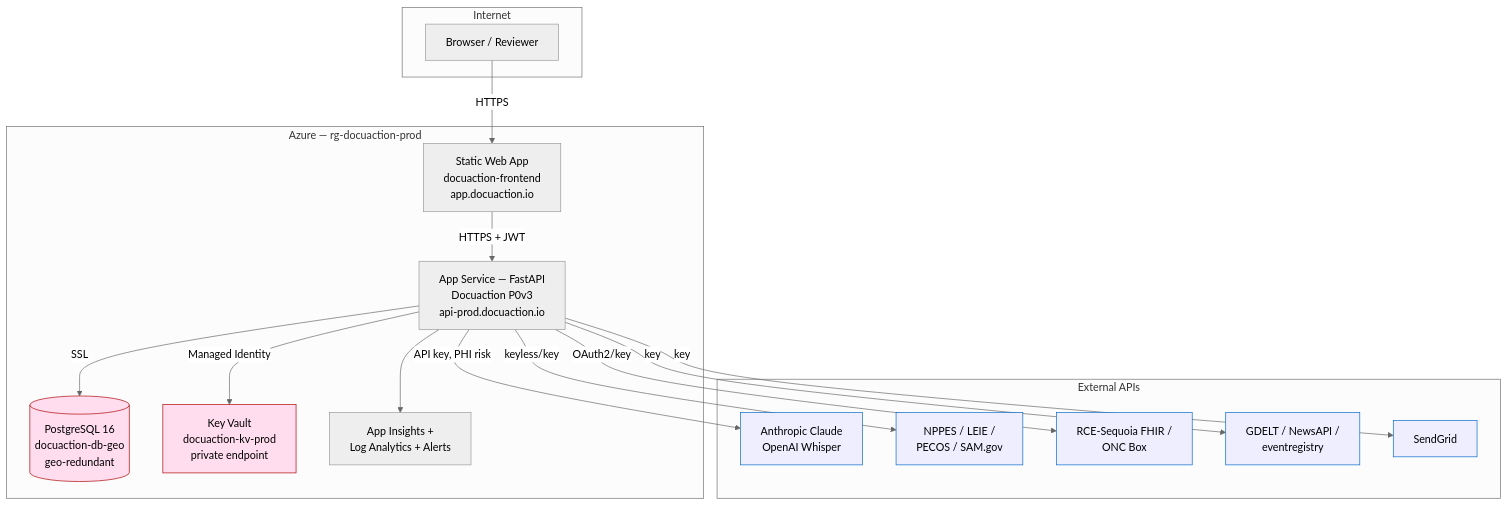
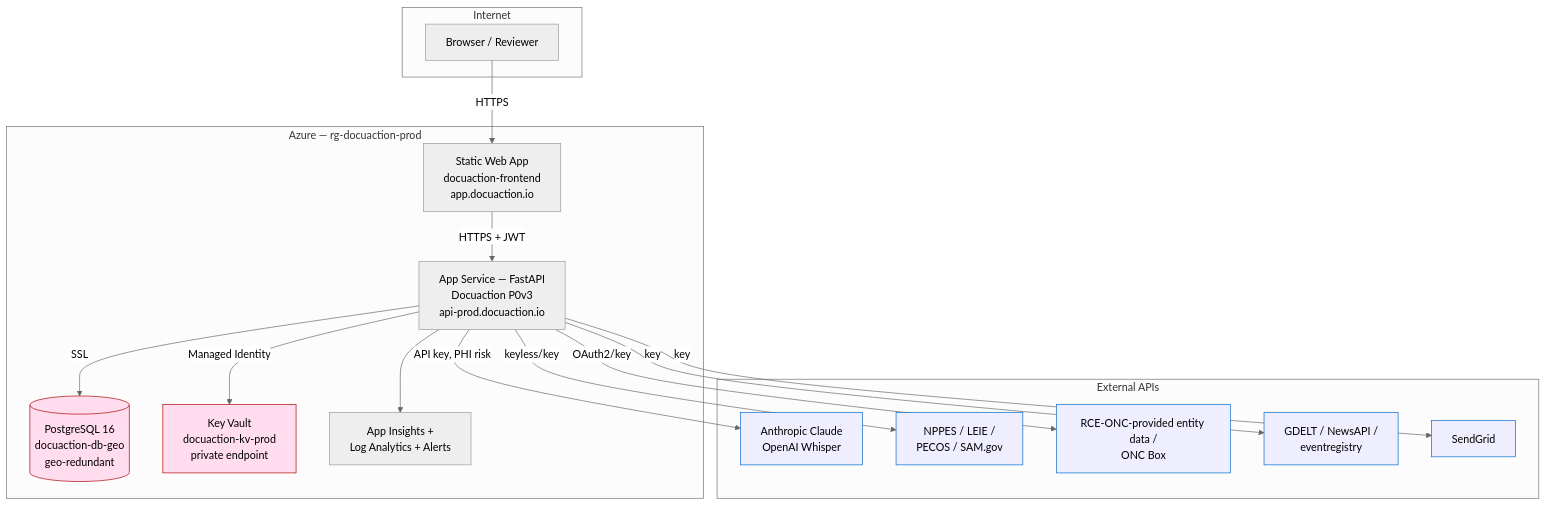
The diagram in security-platform/assessment/02_architecture/diagrams/system_architecture.md (DocuAction/docuaction-backend), drawn with Mermaid (neutral theme) before and after one commit. The commit also changed 42 other files, not shown here.

````diff
--- a/security-platform/assessment/02_architecture/diagrams/system_architecture.md
+++ b/security-platform/assessment/02_architecture/diagrams/system_architecture.md
@@ -3,36 +3,36 @@
 ```mermaid
 graph TB
     subgraph Internet
         User[Browser / Reviewer]
     end
     subgraph "Azure — rg-docuaction-prod"
         SWA[Static Web App<br/>docuaction-frontend<br/>app.docuaction.io]
         API[App Service — FastAPI<br/>Docuaction P0v3<br/>api-prod.docuaction.io]
         DB[(PostgreSQL 16<br/>docuaction-db-geo<br/>geo-redundant)]
         KV[Key Vault<br/>docuaction-kv-prod<br/>private endpoint]
         AI2[App Insights +<br/>Log Analytics + Alerts]
     end
     subgraph "External APIs"
         LLM[Anthropic Claude<br/>OpenAI Whisper]
         GOV[NPPES / LEIE /<br/>PECOS / SAM.gov]
-        RCE[RCE-Sequoia FHIR /<br/>ONC Box]
+        RCE[RCE-ONC-provided entity data /<br/>ONC Box]
         NEWS[GDELT / NewsAPI /<br/>eventregistry]
         MAIL[SendGrid]
     end
 
     User -->|HTTPS| SWA
     SWA -->|HTTPS + JWT| API
     API -->|SSL| DB
     API -->|Managed Identity| KV
     API --> AI2
     API -->|API key, PHI risk| LLM
     API -->|keyless/key| GOV
     API -->|OAuth2/key| RCE
     API -->|key| NEWS
     API -->|key| MAIL
 
     classDef crit fill:#fde,stroke:#a00;
     classDef ext fill:#eef,stroke:#06c;
     class DB,KV crit;
     class LLM,GOV,RCE,NEWS,MAIL ext;
 ```
````
